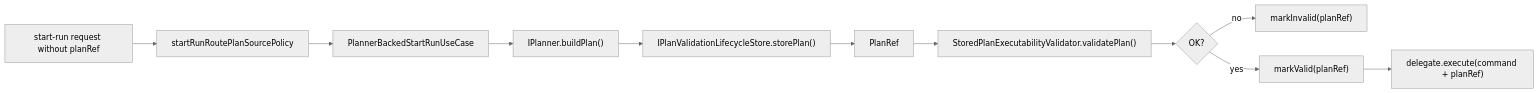
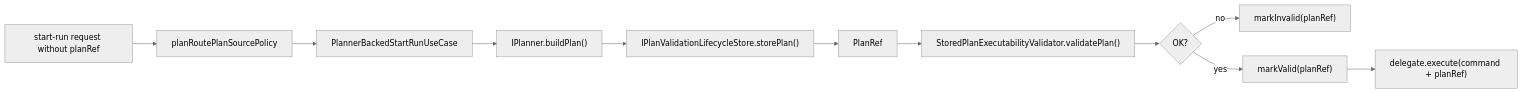
The third of 3 diagrams in docs/planning/status/planner-current-state-assessment.md (dunay2/dvt), drawn with Mermaid (neutral theme) before and after one commit. The commit also changed other lines of this file and 27 other files, not shown here.

Commit message:
refactor(api): Realign plan-route grammar ownership

````diff
--- a/docs/planning/status/planner-current-state-assessment.md
+++ b/docs/planning/status/planner-current-state-assessment.md
@@ -183,13 +183,13 @@
 ```mermaid
 flowchart LR
-    Request["start-run request without planRef"] --> Policy["startRunRoutePlanSourcePolicy"]
+    Request["start-run request without planRef"] --> Policy["planRoutePlanSourcePolicy"]
     Policy --> UseCase["PlannerBackedStartRunUseCase"]
     UseCase --> Planner["IPlanner.buildPlan()"]
     Planner --> Store["IPlanValidationLifecycleStore.storePlan()"]
     Store --> Ref["PlanRef"]
     Ref --> Validate["StoredPlanExecutabilityValidator.validatePlan()"]
     Validate --> Decision{"OK?"}
     Decision -- no --> Invalid["markInvalid(planRef)"]
     Decision -- yes --> Valid["markValid(planRef)"]
     Valid --> Delegate["delegate.execute(command + planRef)"]
 ```
````
